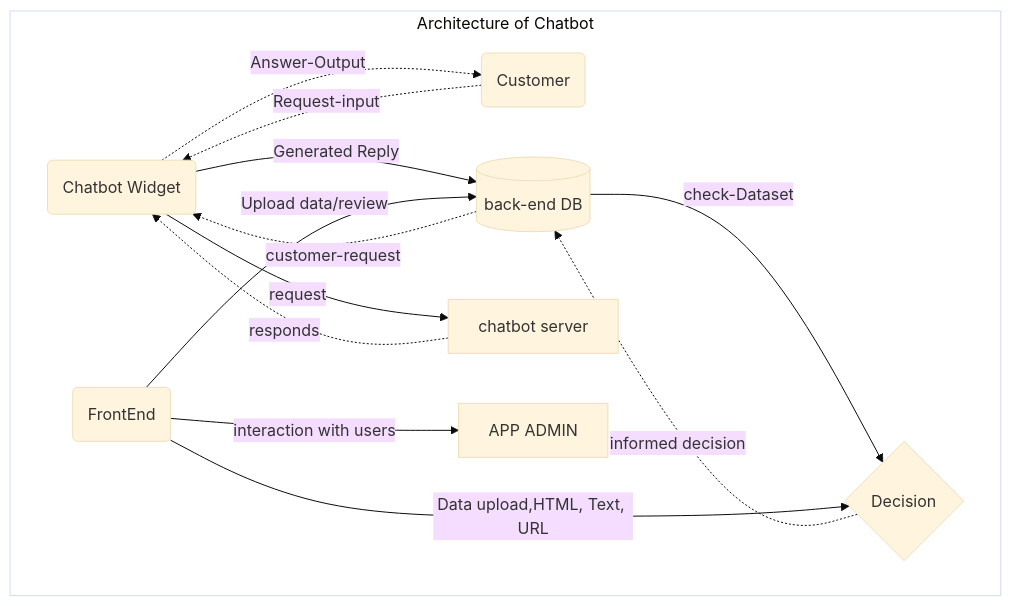
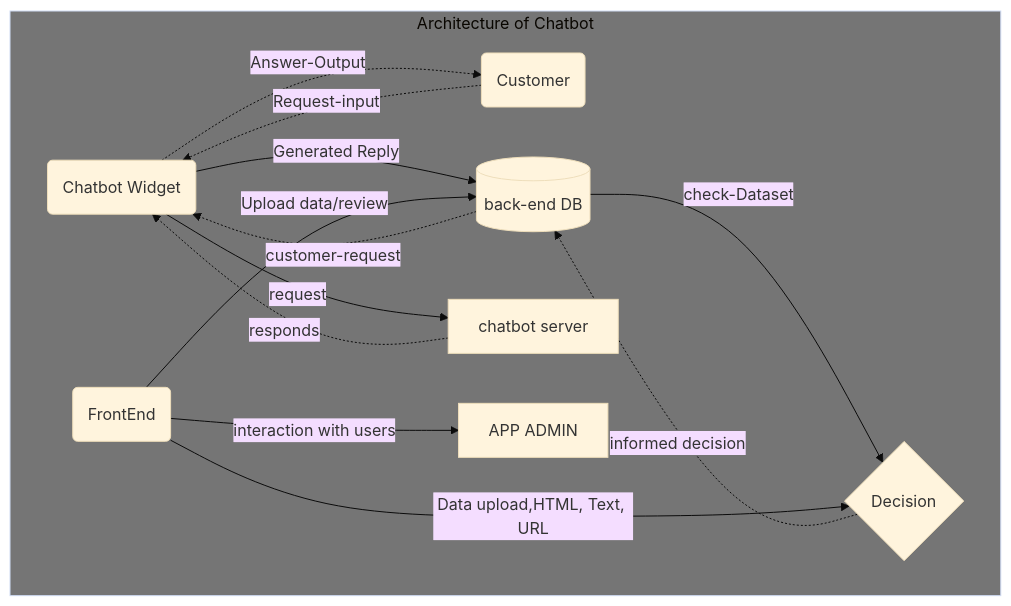
Before and after one commit to AsmaRahim7/Car_Dealership_Chatbot: the diagram in Docs/systemanalysis.mmd, drawn with Mermaid (base theme).

Commit message:
designchange3

```diff
--- a/Docs/systemanalysis.mmd
+++ b/Docs/systemanalysis.mmd
@@ -1,28 +1,28 @@
 flowchart TD
  subgraph s1["Architecture of Chatbot"]
         n3["Chatbot Widget"]
         n4["chatbot server"]
         n2["Customer"]
         n5["back-end DB"]
         n6["Decision"]
         n7["FrontEnd"]
         n8["APP ADMIN"]
   end
     n2 -. "Request-input" .-> n3
     n3 -. "Answer-Output" .-> n2
     n5 -. "customer-request" .-> n3
     n3 -- Generated Reply --> n5
     n3 -- request--> n4
     n4 -. responds .-> n3
     n5 -- "check-Dataset" --> n6
     n6 -. informed decision .-> n5
     n7 -- Data upload,HTML, Text, URL --> n6
     n7 -- interaction with users --> n8
     n7 -- Upload data/review --> n5
 
     n3@{ shape: rounded}
     n2@{ shape: rounded}
     n5@{ shape: cyl}
     n6@{ shape: decision}
     n7@{ shape: rounded}
-    style s1 fill:#FFFFFF
+    style s1 fill:#757575
```
